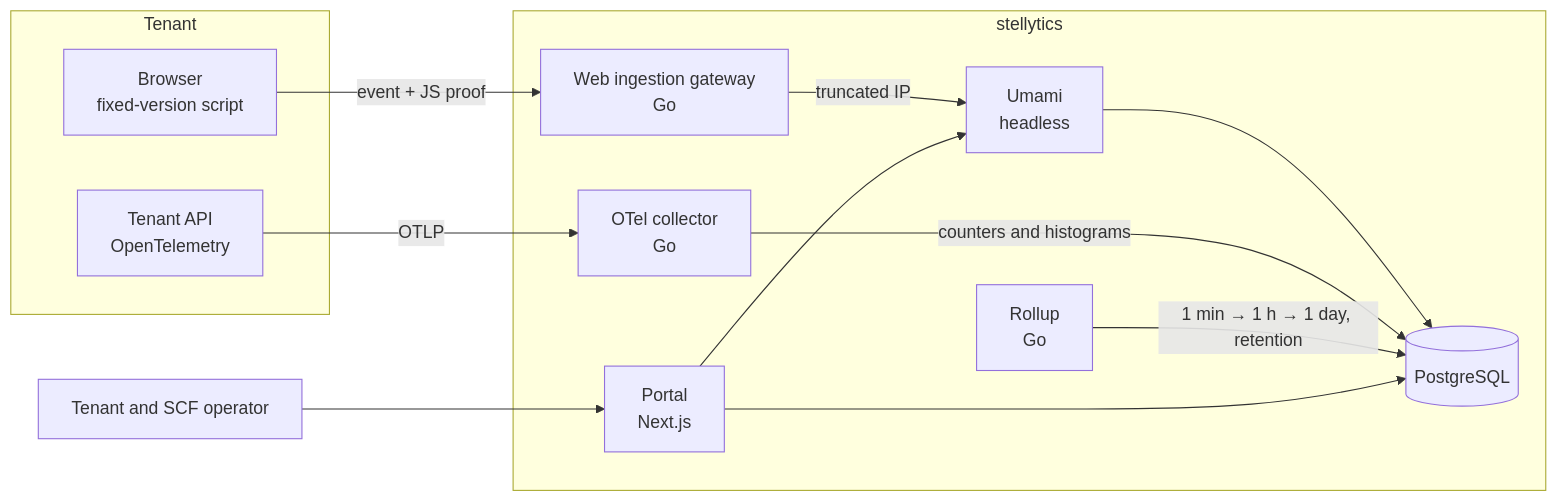
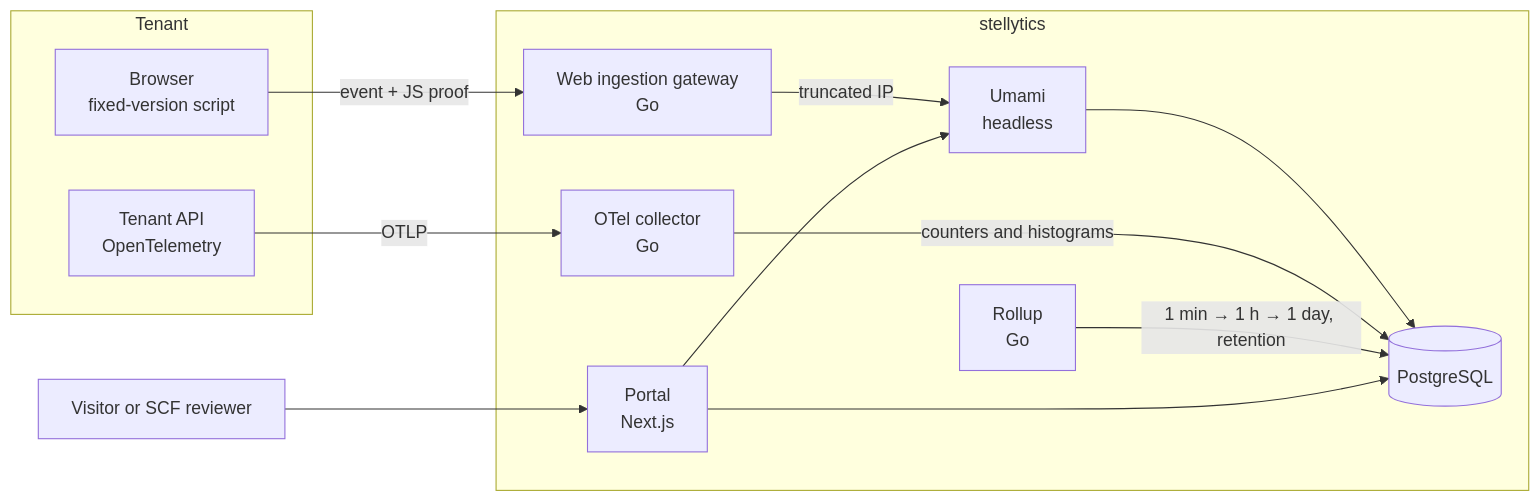
The diagram in README.md (romulospl/notify), drawn with Mermaid before and after one commit. The commit also changed other lines of this file and 3 other files, not shown here.

````diff
--- a/README.md
+++ b/README.md
@@ -37,26 +62,26 @@
 ```mermaid
 flowchart LR
   subgraph Tenant
     B[Browser<br/>fixed-version script]
     A[Tenant API<br/>OpenTelemetry]
   end
 
   subgraph stellytics
     G[Web ingestion gateway<br/>Go]
     U[Umami<br/>headless]
     C[OTel collector<br/>Go]
     R[Rollup<br/>Go]
     P[Portal<br/>Next.js]
     PG[(PostgreSQL)]
   end
 
   B -->|event + JS proof| G
   G -->|truncated IP| U
   A -->|OTLP| C
   U --> PG
   C -->|counters and histograms| PG
   R -->|1 min → 1 h → 1 day, retention| PG
   P --> U
   P --> PG
-  T[Tenant and SCF operator] --> P
+  V[Visitor or SCF reviewer] --> P
 ```
````
